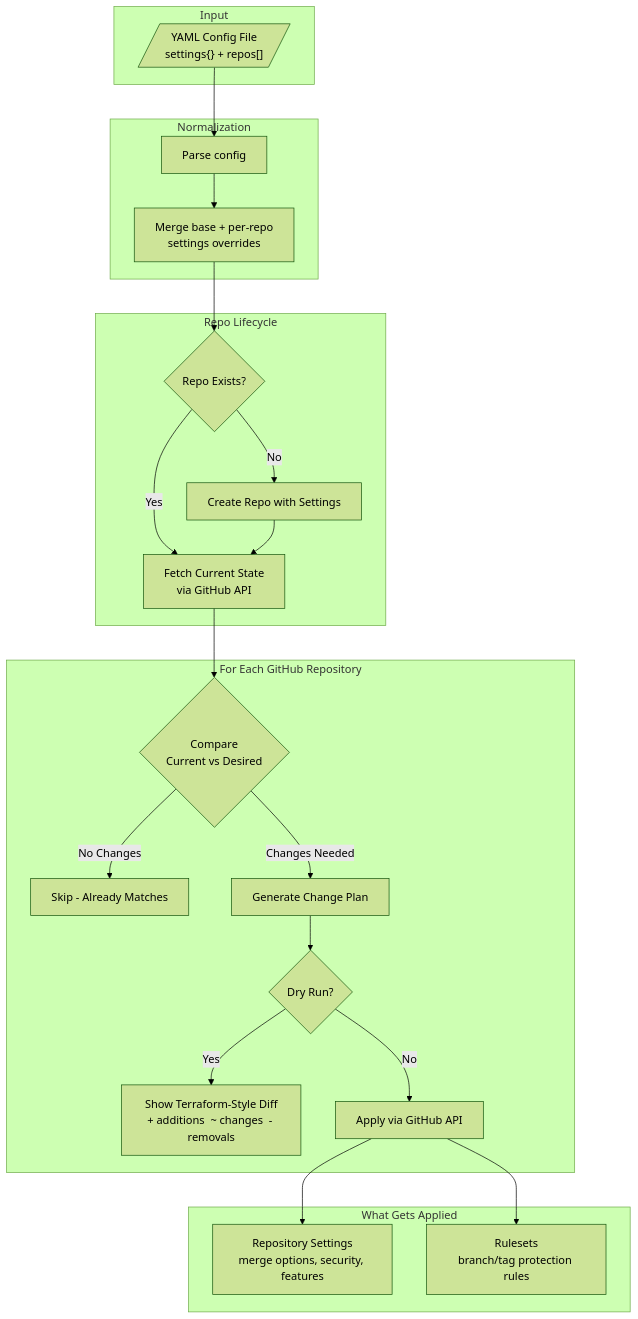
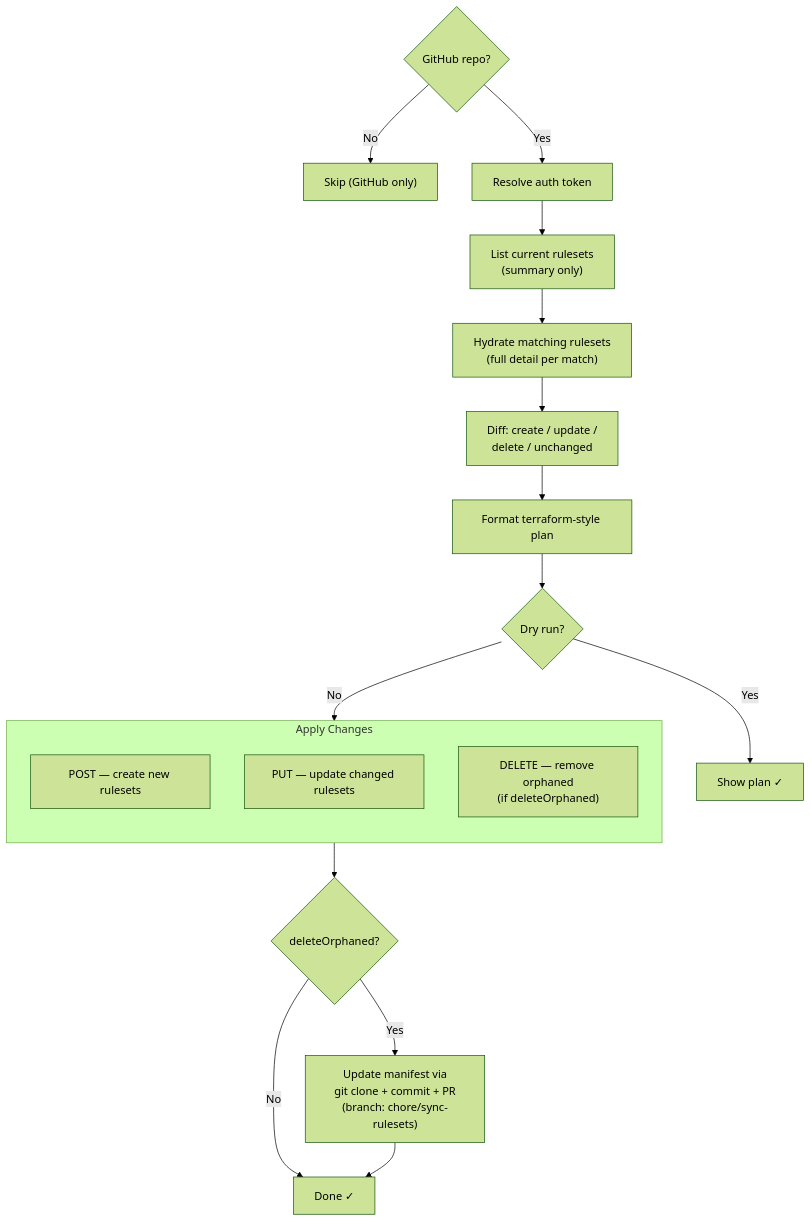
Before and after one commit to anthony-spruyt/xfg: the fourth of 5 diagrams in docs/index.md, drawn with Mermaid (forest theme). The commit also changed other lines of this file, not shown here.

First line of the commit message:
docs: rewrite stale mermaid diagrams in docs/index.md

````diff
--- a/docs/index.md
+++ b/docs/index.md
@@ -281,34 +338,26 @@
 ```mermaid
 flowchart TB
-    subgraph Input
-        YAML[/"YAML Config File<br/>settings{} + repos[]"/]
+    GUARD{GitHub repo?} -->|No| SKIP_P["Skip (GitHub only)"]
+    GUARD -->|Yes| TOKEN["Resolve auth token"]
+
+    TOKEN --> LIST["List current rulesets<br/>(summary only)"]
+    LIST --> HYDRATE["Hydrate matching rulesets<br/>(full detail per match)"]
+
+    HYDRATE --> DIFF["Diff: create / update /<br/>delete / unchanged"]
+    DIFF --> PLAN["Format terraform-style plan"]
+    PLAN --> DRY{Dry run?}
+    DRY -->|Yes| SHOW["Show plan ✓"]
+    DRY -->|No| APPLY
+
+    subgraph APPLY["Apply Changes"]
+        direction TB
+        C["POST — create new rulesets"]
+        U["PUT — update changed rulesets"]
+        D["DELETE — remove orphaned<br/>(if deleteOrphaned)"]
     end
 
-    subgraph Normalization
-        PARSE[Parse config] --> MERGE[Merge base + per-repo<br/>settings overrides]
-    end
-
-    subgraph Lifecycle["Repo Lifecycle"]
-        EXIST{Repo Exists?}
-        EXIST -->|Yes| FETCH
-        EXIST -->|No| CREATE[Create Repo with Settings]
-        CREATE --> FETCH
-    end
-
-    subgraph Processing["For Each GitHub Repository"]
-        FETCH[Fetch Current State<br/>via GitHub API] --> DIFF{Compare<br/>Current vs Desired}
-        DIFF -->|No Changes| SKIP[Skip - Already Matches]
-        DIFF -->|Changes Needed| PLAN[Generate Change Plan]
-        PLAN --> DRY{Dry Run?}
-        DRY -->|Yes| SHOW[Show Terraform-Style Diff<br/>+ additions  ~ changes  - removals]
-        DRY -->|No| APPLY[Apply via GitHub API]
-    end
-
-    subgraph Settings["What Gets Applied"]
-        APPLY --> REPO[Repository Settings<br/>merge options, security, features]
-        APPLY --> RULES[Rulesets<br/>branch/tag protection rules]
-    end
-
-    YAML --> PARSE
-    MERGE --> EXIST
+    APPLY --> MANIFEST_CHECK{deleteOrphaned?}
+    MANIFEST_CHECK -->|No| DONE["Done ✓"]
+    MANIFEST_CHECK -->|Yes| MANIFEST["Update manifest via<br/>git clone + commit + PR<br/>(branch: chore/sync-rulesets)"]
+    MANIFEST --> DONE
 ```
````
